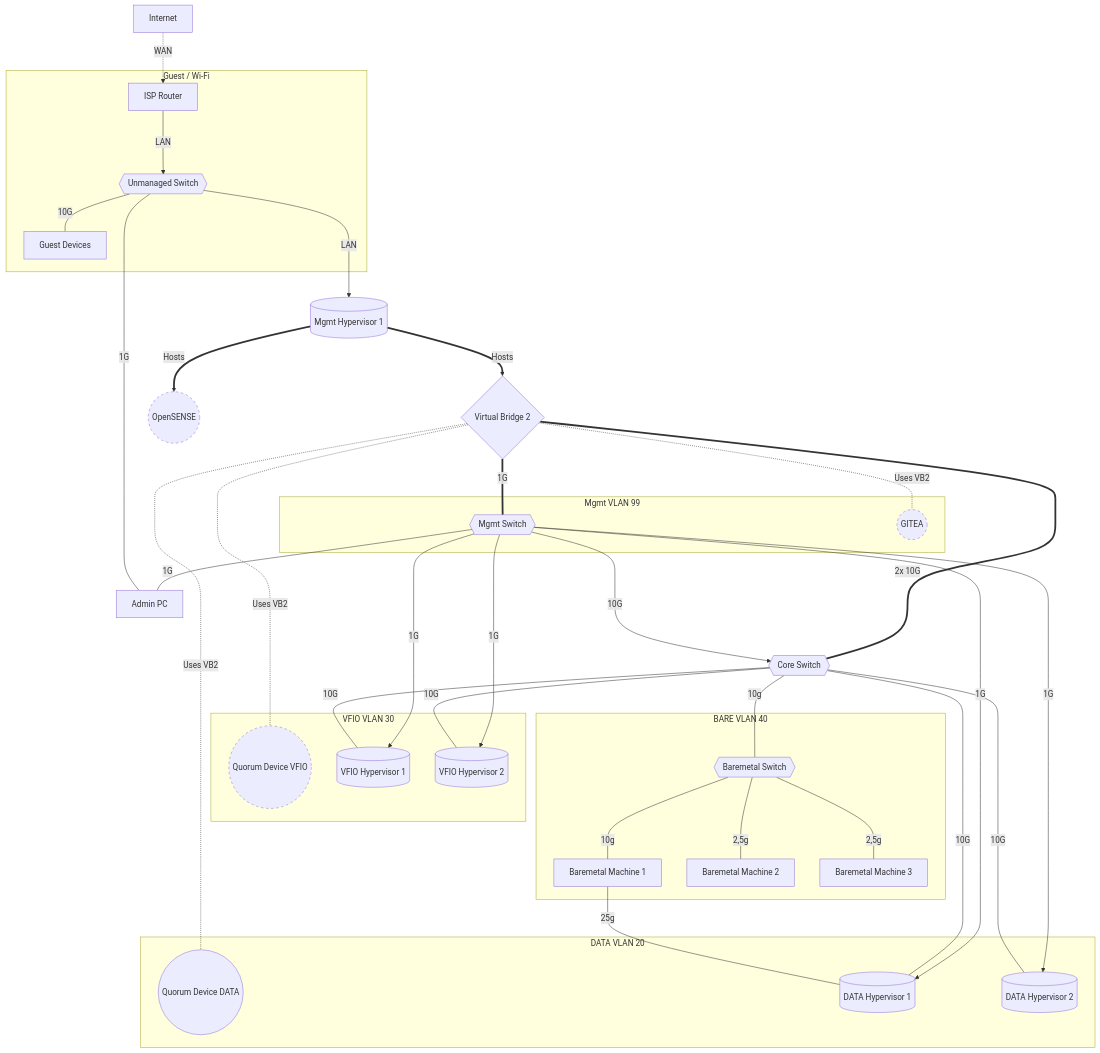
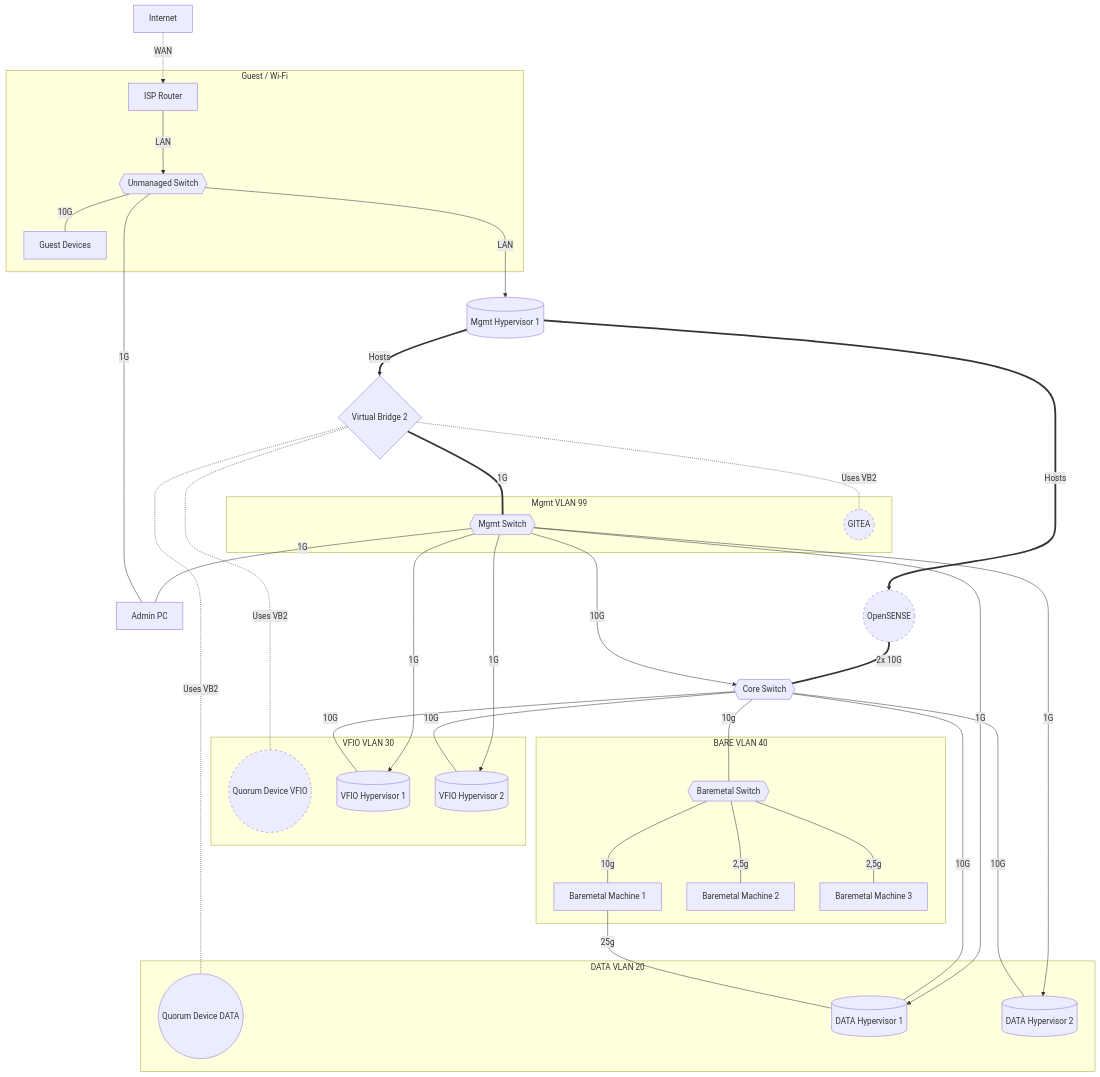
The diagram in alp/netop.md (woeiru/lab), drawn with Mermaid before and after one commit.

Commit message:
alp/netop.md: update OPN to core switch connection

````diff
--- a/alp/netop.md
+++ b/alp/netop.md
@@ -3,64 +3,64 @@
 ```mermaid
 graph TD
     INT[Internet] -.-> |WAN| ISPR[ISP Router]
     ISPR ---> |LAN| US
     US{{Unmanaged Switch}} ---> |LAN| MH1[(Mgmt Hypervisor 1)]
     US ---|"10G"| GD[Guest Devices]
 
     MS{{Mgmt Switch}} ---|"1G"| APC[Admin PC]
     APC ---|"1G"| US
 
     MH1 ==>|"Hosts"| VB2{Virtual Bridge 2} 
     MH1 ==>|"Hosts"| OPN((OpenSENSE))
     VB2 -.- |"Uses VB2"| QDV((Quorum Device VFIO))
     VB2 -.- |"Uses VB2"| QDD((Quorum Device DATA))
-    VB2 ===|"2x 10G"| CS{{Core Switch}}
+    OPN ===|"2x 10G"| CS{{Core Switch}}
     VB2 ===|"1G"| MS
     VB2 -.- |"Uses VB2"| GIT((GITEA))
 
     MS --->|"10G"| CS
     MS --->|"1G"| DH1
     MS --->|"1G"| DH2
     MS --->|"1G"| VH1
     MS --->|"1G"| VH2
 
     CS ---|"10G"| DH1[(DATA Hypervisor 1)]
     CS ---|"10G"| DH2[(DATA Hypervisor 2)]
     CS ---|"10G"| VH1[(VFIO Hypervisor 1)]
     CS ---|"10G"| VH2[(VFIO Hypervisor 2)]
 
     CS ---|"10g"| BMS{{Baremetal Switch}}
     BMS ---|"10g"| BM1[Baremetal Machine 1]
     BM1 ---|"25g"| DH1
     BMS ---|"2,5g"| BM2[Baremetal Machine 2]
     BMS ---|"2,5g"| BM3[Baremetal Machine 3]
 
     subgraph VLAN20 [DATA VLAN 20]
         DH1
         DH2
         QDD
     end
     subgraph VLAN30 [VFIO VLAN 30]
         VH1
         VH2
         QDV
     end
     subgraph VLAN40 [BARE VLAN 40]
        BMS
        BM1 
        BM2 
        BM3 
     end
 
     subgraph VLAN99 [Mgmt VLAN 99]
         MS
         GIT
     end
     subgraph Guest [Guest / Wi-Fi]
         ISPR
         GD
         US
     end
     classDef punctuated stroke-dasharray: 5 5;
     class GIT,QDV,OPN punctuated;
 ```
````
